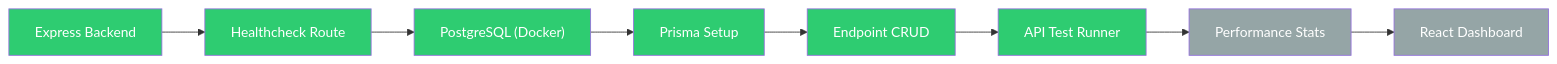
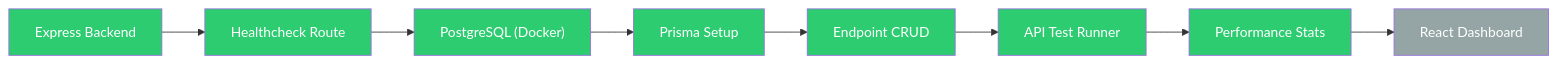
One commit to zardledev/API-Performance-Monitor changed the diagram in README.md. Above: the diagram before and after it, drawn with Mermaid. The commit also changed other lines of this file, not shown here.

````diff
--- a/README.md
+++ b/README.md
@@ -231,16 +246,16 @@
 ```mermaid
 flowchart LR
     A[Express Backend] --> B[Healthcheck Route]
     B --> C["PostgreSQL (Docker)"]
     C --> D[Prisma Setup]
     D --> E[Endpoint CRUD]
     E --> F[API Test Runner]
     F --> G[Performance Stats]
     G --> H[React Dashboard]
 
-    class A,B,C,D,E,F done
-    class G,H planned
+    class A,B,C,D,E,F,G done
+    class H planned
 
     classDef done fill:#2ecc71,color:#fff;
     classDef planned fill:#95a5a6,color:#fff;
 ```
````
